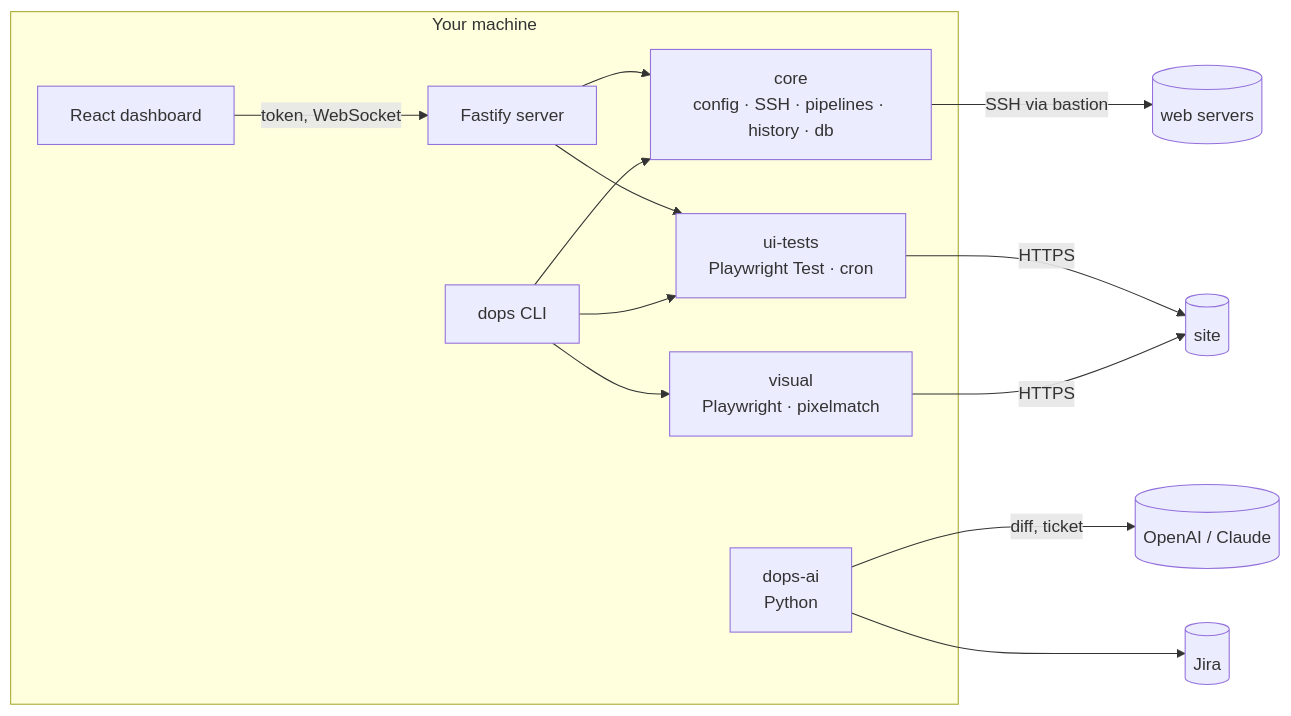
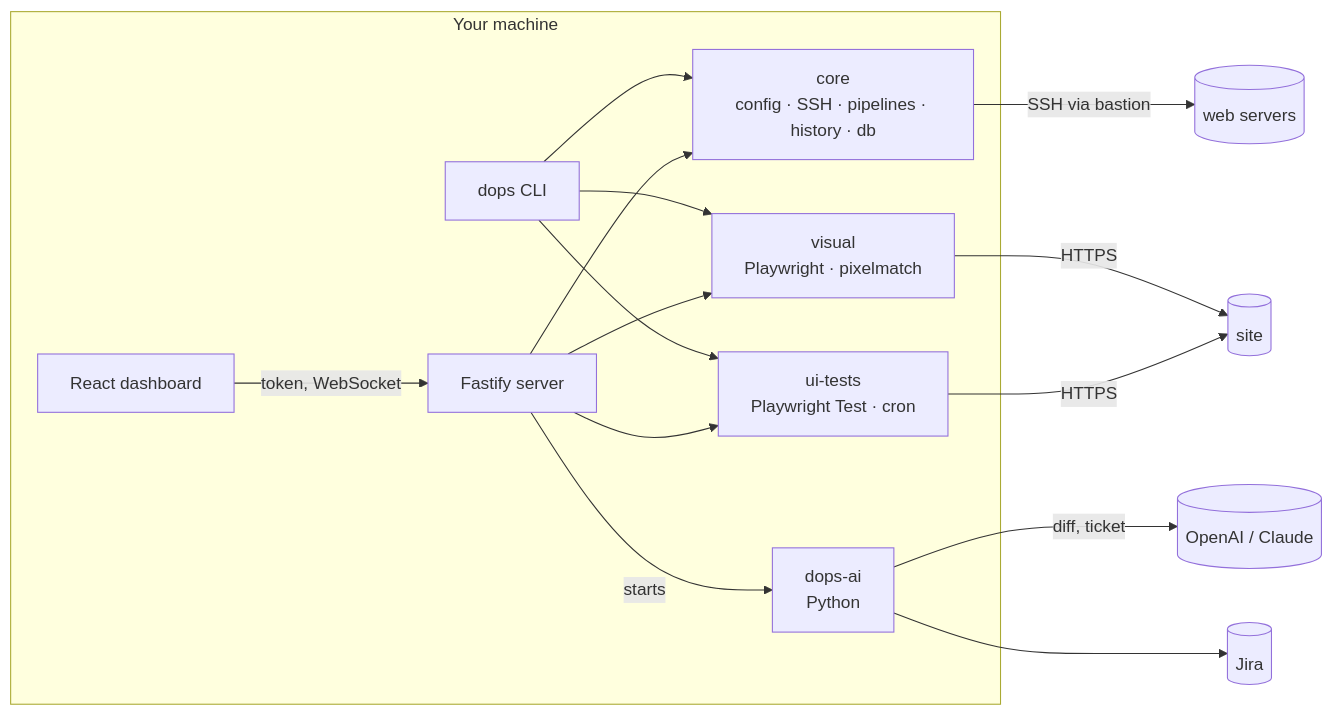
The diagram in README.md (dimidjy/drupal-ops-toolkit), drawn with Mermaid before and after one commit. The commit also changed other lines of this file and 1 other file, not shown here.

````diff
--- a/README.md
+++ b/README.md
@@ -70,19 +70,21 @@
 ```mermaid
 flowchart LR
   subgraph you[Your machine]
     CLI[dops CLI]
     WEB[React dashboard] -->|token, WebSocket| SRV[Fastify server]
     CLI --> CORE
     SRV --> CORE
     CORE[core<br/>config · SSH · pipelines · history · db]
     CLI --> VIS[visual<br/>Playwright · pixelmatch]
     CLI --> UIT[ui-tests<br/>Playwright Test · cron]
     SRV --> UIT
+    SRV --> VIS
+    SRV -->|starts| AI
     AI[dops-ai<br/>Python]
   end
   CORE -->|SSH via bastion| SERVERS[(web servers)]
   VIS -->|HTTPS| SITE[(site)]
   UIT -->|HTTPS| SITE
   AI -->|diff, ticket| LLM[(OpenAI / Claude)]
   AI --> JIRA[(Jira)]
 ```
````
